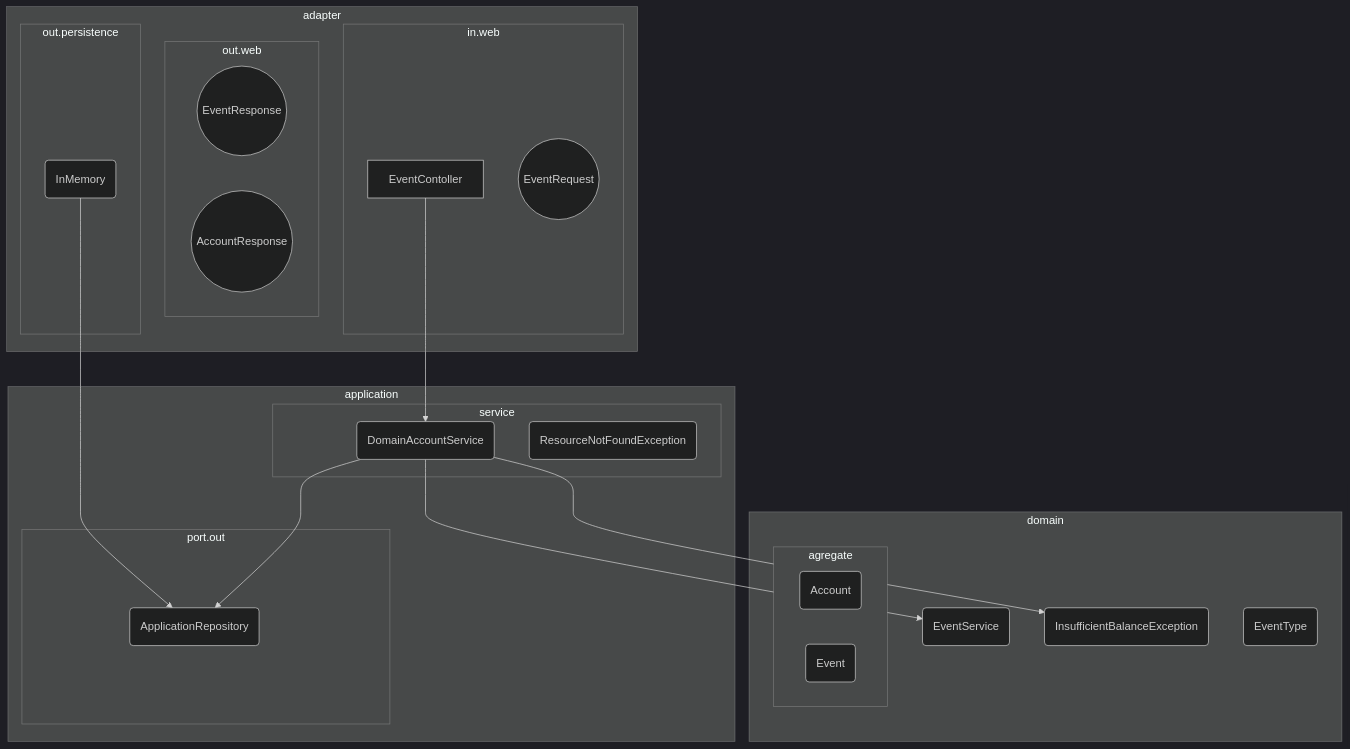
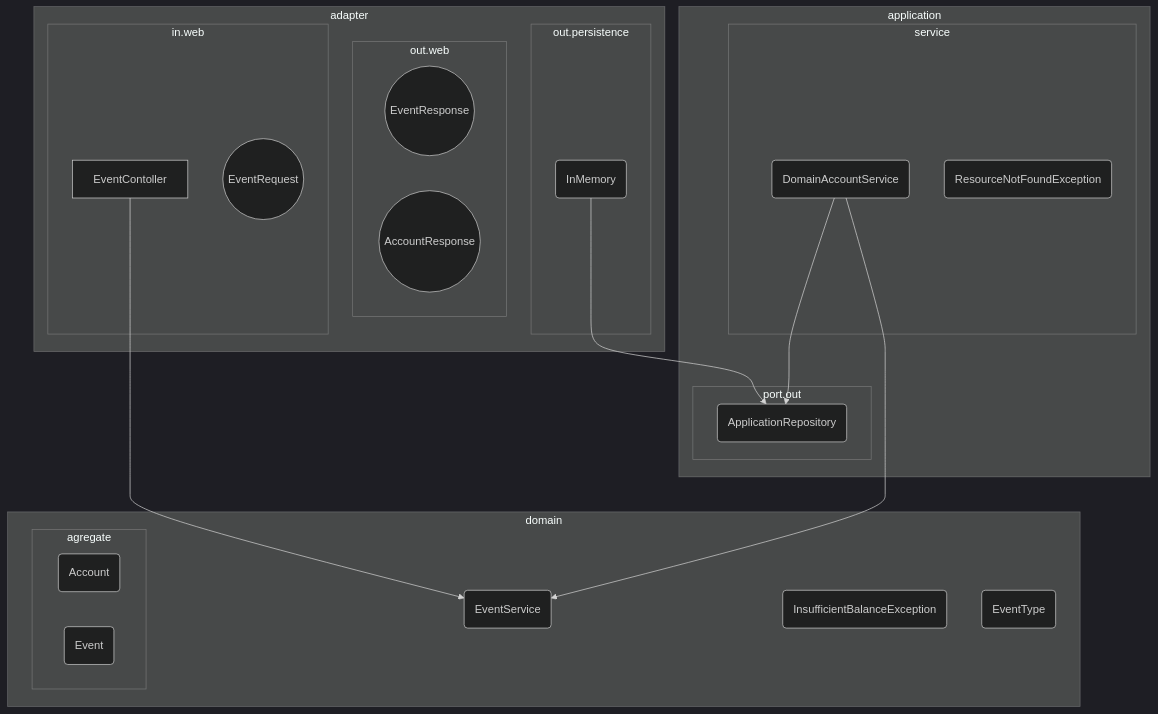
One commit to andre-svager/ipkiss_pragmazero changed the diagram in README.md. Above: the diagram before and after it, drawn with Mermaid. The commit also changed other lines of this file, not shown here.

````diff
--- a/README.md
+++ b/README.md
@@ -23,42 +32,44 @@
 ```mermaid
 %%{init: {'theme': 'dark' } }%%
 graph TD
     subgraph adapter
     subgraph in.web
       EC[EventContoller]
       ER((EventRequest))
     end
     subgraph out.web
       ERS((EventResponse))
       ARS((AccountResponse))
     end
     subgraph out.persistence
       IMR(InMemory)
     end 
     end
+    
     subgraph domain
       ES(EventService)
       IBE(InsufficientBalanceException)
       EVT(EventType)
     
     subgraph agregate
       AC(Account)
       EV(Event)
     end
     end
+    
     subgraph application
     subgraph port.out
       AR(ApplicationRepository)
     end
     subgraph service
       DAS(DomainAccountService)
       RNF(ResourceNotFoundException)
     end
     end
     
+    DAS --> AR
     DAS --> ES
-    EC --> DAS
+    EC ---> ES
     IMR --> AR 
-    DAS --> IBE
-    DAS --> AR
+    
 ```
````
